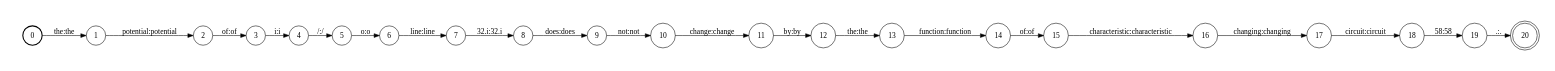
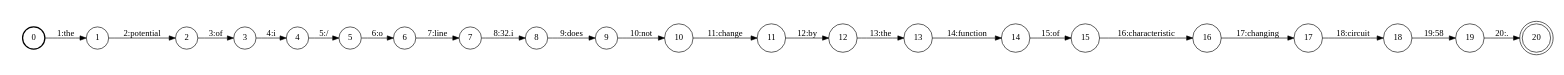
One commit to pepijnkokke/UvA-MT2-PBT changed the diagram in out/task1/dev.en.3.dot. Above: the diagram before and after it, drawn with Graphviz. The commit also changed 2923 other files, not shown here.

```diff
--- a/out/task1/dev.en.3.dot
+++ b/out/task1/dev.en.3.dot
@@ -1,50 +1,50 @@
 digraph FST {
 rankdir = LR;
 size = "8.5,11";
 label = "";
 center = 1;
 orientation = Portrait;
 ranksep = "0.4";
 nodesep = "0.25";
 0 [label = "0", shape = circle, style = bold, fontsize = 14]
-	0 -> 1 [label = "the:the", fontsize = 14];
+	0 -> 1 [label = "1:the", fontsize = 14];
 1 [label = "1", shape = circle, style = solid, fontsize = 14]
-	1 -> 2 [label = "potential:potential", fontsize = 14];
+	1 -> 2 [label = "2:potential", fontsize = 14];
 2 [label = "2", shape = circle, style = solid, fontsize = 14]
-	2 -> 3 [label = "of:of", fontsize = 14];
+	2 -> 3 [label = "3:of", fontsize = 14];
 3 [label = "3", shape = circle, style = solid, fontsize = 14]
-	3 -> 4 [label = "i:i", fontsize = 14];
+	3 -> 4 [label = "4:i", fontsize = 14];
 4 [label = "4", shape = circle, style = solid, fontsize = 14]
-	4 -> 5 [label = "/:/", fontsize = 14];
+	4 -> 5 [label = "5:/", fontsize = 14];
 5 [label = "5", shape = circle, style = solid, fontsize = 14]
-	5 -> 6 [label = "o:o", fontsize = 14];
+	5 -> 6 [label = "6:o", fontsize = 14];
 6 [label = "6", shape = circle, style = solid, fontsize = 14]
-	6 -> 7 [label = "line:line", fontsize = 14];
+	6 -> 7 [label = "7:line", fontsize = 14];
 7 [label = "7", shape = circle, style = solid, fontsize = 14]
-	7 -> 8 [label = "32.i:32.i", fontsize = 14];
+	7 -> 8 [label = "8:32.i", fontsize = 14];
 8 [label = "8", shape = circle, style = solid, fontsize = 14]
-	8 -> 9 [label = "does:does", fontsize = 14];
+	8 -> 9 [label = "9:does", fontsize = 14];
 9 [label = "9", shape = circle, style = solid, fontsize = 14]
-	9 -> 10 [label = "not:not", fontsize = 14];
+	9 -> 10 [label = "10:not", fontsize = 14];
 10 [label = "10", shape = circle, style = solid, fontsize = 14]
-	10 -> 11 [label = "change:change", fontsize = 14];
+	10 -> 11 [label = "11:change", fontsize = 14];
 11 [label = "11", shape = circle, style = solid, fontsize = 14]
-	11 -> 12 [label = "by:by", fontsize = 14];
+	11 -> 12 [label = "12:by", fontsize = 14];
 12 [label = "12", shape = circle, style = solid, fontsize = 14]
-	12 -> 13 [label = "the:the", fontsize = 14];
+	12 -> 13 [label = "13:the", fontsize = 14];
 13 [label = "13", shape = circle, style = solid, fontsize = 14]
-	13 -> 14 [label = "function:function", fontsize = 14];
+	13 -> 14 [label = "14:function", fontsize = 14];
 14 [label = "14", shape = circle, style = solid, fontsize = 14]
-	14 -> 15 [label = "of:of", fontsize = 14];
+	14 -> 15 [label = "15:of", fontsize = 14];
 15 [label = "15", shape = circle, style = solid, fontsize = 14]
-	15 -> 16 [label = "characteristic:characteristic", fontsize = 14];
+	15 -> 16 [label = "16:characteristic", fontsize = 14];
 16 [label = "16", shape = circle, style = solid, fontsize = 14]
-	16 -> 17 [label = "changing:changing", fontsize = 14];
+	16 -> 17 [label = "17:changing", fontsize = 14];
 17 [label = "17", shape = circle, style = solid, fontsize = 14]
-	17 -> 18 [label = "circuit:circuit", fontsize = 14];
+	17 -> 18 [label = "18:circuit", fontsize = 14];
 18 [label = "18", shape = circle, style = solid, fontsize = 14]
-	18 -> 19 [label = "58:58", fontsize = 14];
+	18 -> 19 [label = "19:58", fontsize = 14];
 19 [label = "19", shape = circle, style = solid, fontsize = 14]
-	19 -> 20 [label = ".:.", fontsize = 14];
+	19 -> 20 [label = "20:.", fontsize = 14];
 20 [label = "20", shape = doublecircle, style = solid, fontsize = 14]
 }
```
